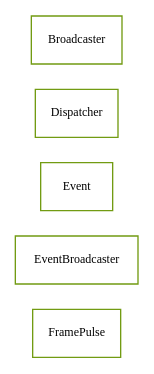
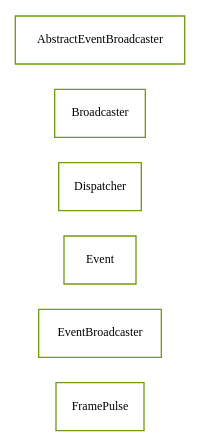
The diagram in docs/com/sekati/events/classes.dot (sekati/sasapi), drawn with Graphviz before and after one commit. The commit also changed 111 other files, not shown here.

```diff
--- a/docs/com/sekati/events/classes.dot
+++ b/docs/com/sekati/events/classes.dot
@@ -1,48 +1,57 @@
 strict digraph class_diagram {
   rankdir=LR;
   TypeFramePulse[
     label="FramePulse",
     URL="FramePulse.html",
     tooltip="com.sekati.events.FramePulse",
     fontname="Verdana",
     fontsize="9"
     color="#729b12"
     shape="record"
   ];
   TypeEventBroadcaster[
     label="EventBroadcaster",
     URL="EventBroadcaster.html",
     tooltip="com.sekati.events.EventBroadcaster",
     fontname="Verdana",
     fontsize="9"
     color="#729b12"
     shape="record"
   ];
   TypeEvent[
     label="Event",
     URL="Event.html",
     tooltip="com.sekati.events.Event",
     fontname="Verdana",
     fontsize="9"
     color="#729b12"
     shape="record"
   ];
   TypeDispatcher[
     label="Dispatcher",
     URL="Dispatcher.html",
     tooltip="com.sekati.events.Dispatcher",
     fontname="Verdana",
     fontsize="9"
     color="#729b12"
     shape="record"
   ];
   TypeBroadcaster[
     label="Broadcaster",
     URL="Broadcaster.html",
     tooltip="com.sekati.events.Broadcaster",
     fontname="Verdana",
     fontsize="9"
     color="#729b12"
     shape="record"
   ];
+  TypeAbstractEventBroadcaster[
+    label="AbstractEventBroadcaster",
+    URL="AbstractEventBroadcaster.html",
+    tooltip="com.sekati.events.AbstractEventBroadcaster",
+    fontname="Verdana",
+    fontsize="9"
+    color="#729b12"
+    shape="record"
+  ];
 }
```
